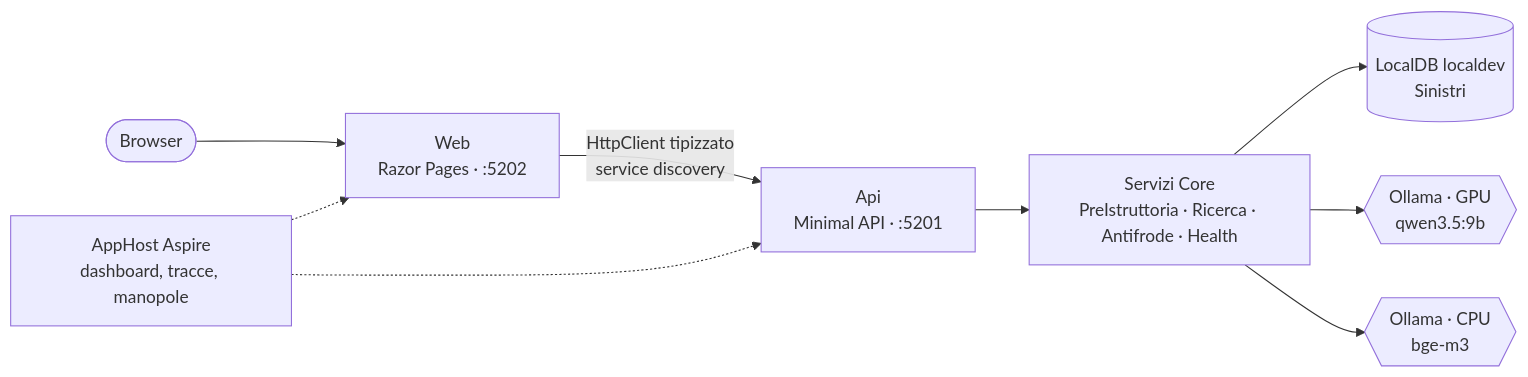
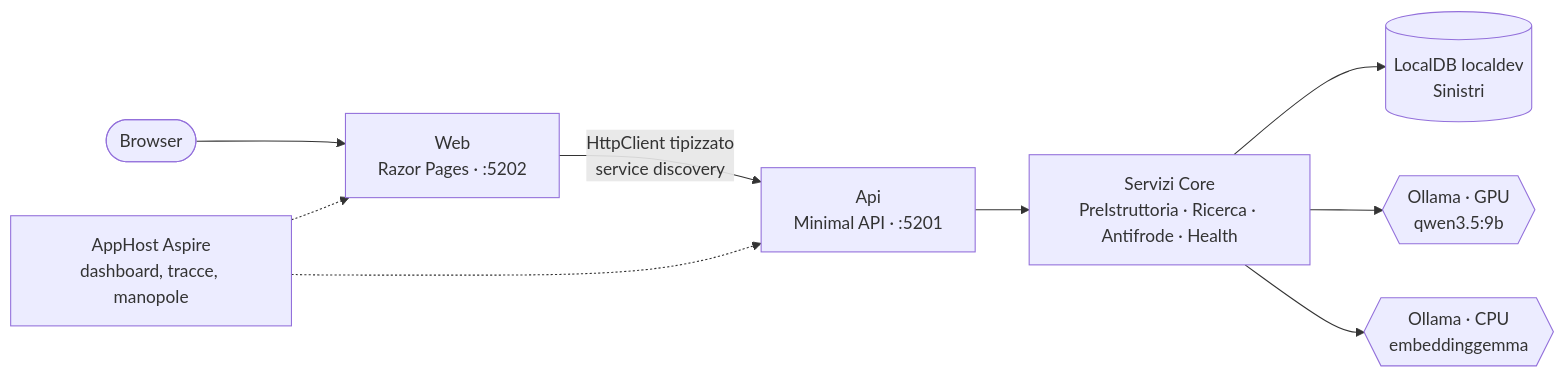
The diagram in docs/fase-8.md (Dusi-burg/AI.POC-AssistenteSinistri), drawn with Mermaid before and after one commit. The commit also changed 12 other files, not shown here.

````diff
--- a/docs/fase-8.md
+++ b/docs/fase-8.md
@@ -14,11 +14,11 @@
 ```mermaid
 flowchart LR
     B([Browser]) --> W["Web<br/>Razor Pages · :5202"]
     W -- "HttpClient tipizzato<br/>service discovery" --> A["Api<br/>Minimal API · :5201"]
     A --> S["Servizi Core<br/>PreIstruttoria · Ricerca · Antifrode · Health"]
     S --> D[("LocalDB localdev<br/>Sinistri")]
     S --> G{{"Ollama · GPU<br/>qwen3.5:9b"}}
-    S --> C{{"Ollama · CPU<br/>bge-m3"}}
+    S --> C{{"Ollama · CPU<br/>embeddinggemma"}}
     H["AppHost Aspire<br/>dashboard, tracce, manopole"] -.-> A
     H -.-> W
 ```
````
